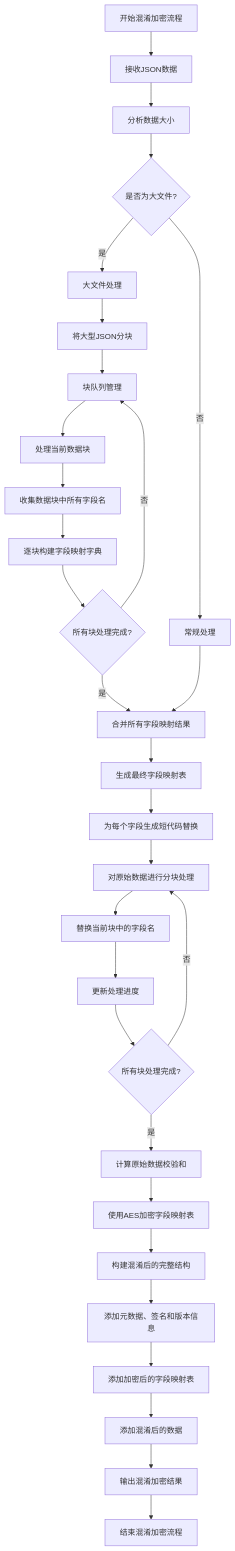
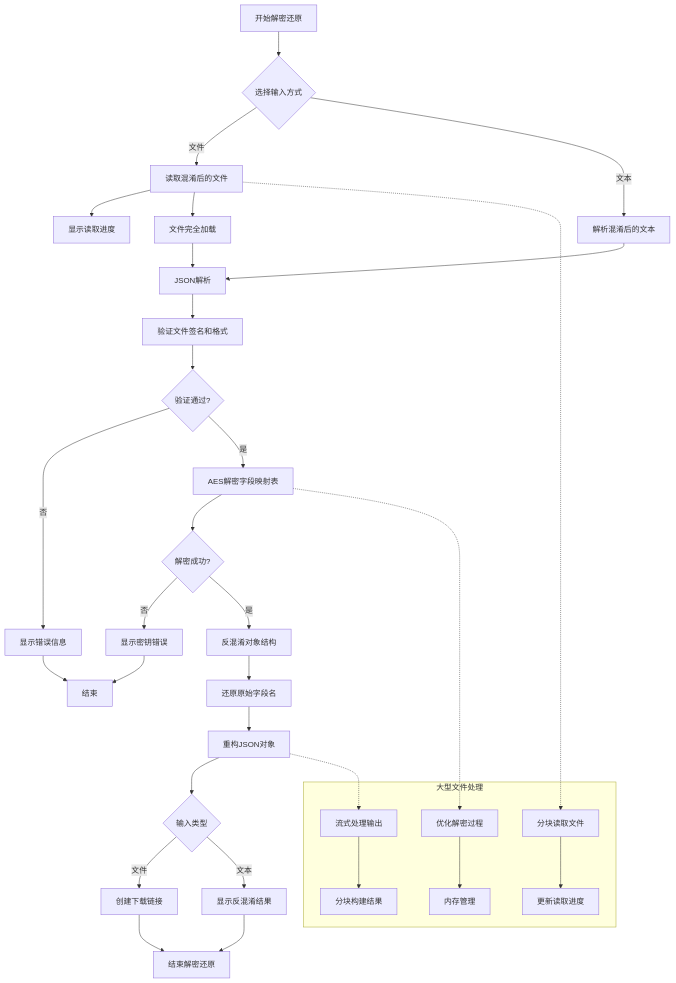
One commit to yingjianzh/iodraw-files changed the diagram in all/未命名-43.md. Above: the diagram before and after it, drawn with Mermaid.

Commit message:
2025-04-25 15:11:26 update

````diff
--- a/all/未命名-43.md
+++ b/all/未命名-43.md
@@ -1,42 +1,43 @@
 ```mermaid
 flowchart TD
-    A[开始混淆加密流程] --> B[接收JSON数据]
+    A[开始解密还原] --> B{选择输入方式}
+    B -->|文件| C[读取混淆后的文件]
+    B -->|文本| D[解析混淆后的文本]
     
-    B --> C[分析数据大小]
-    C --> D{是否为大文件?}
+    C --> E[显示读取进度]
+    C --> F[文件完全加载]
+    F --> G[JSON解析]
     
-    D -->|否| E[常规处理]
-    D -->|是| F[大文件处理]
+    D --> G
     
-    F --> F1[将大型JSON分块]
-    F1 --> F2[块队列管理]
+    G --> H[验证文件签名和格式]
+    H --> I{验证通过?}
+    I -->|否| J[显示错误信息]
+    J --> Z[结束]
     
-    F2 --> G[处理当前数据块]
-    G --> H[收集数据块中所有字段名]
-    H --> I[逐块构建字段映射字典]
-    I --> J{所有块处理完成?}
-    J -->|否| F2
+    I -->|是| K[AES解密字段映射表]
+    K --> L{解密成功?}
+    L -->|否| M[显示密钥错误]
+    M --> Z
     
-    J -->|是| K[合并所有字段映射结果]
-    E --> K
+    L -->|是| N[反混淆对象结构]
+    N --> O[还原原始字段名]
+    O --> P[重构JSON对象]
     
-    K --> L[生成最终字段映射表]
-    L --> M[为每个字段生成短代码替换]
+    P --> Q{输入类型}
+    Q -->|文件| R[创建下载链接]
+    Q -->|文本| S[显示反混淆结果]
     
-    M --> N[对原始数据进行分块处理]
-    N --> O[替换当前块中的字段名]
-    O --> P[更新处理进度]
-    P --> Q{所有块处理完成?}
-    Q -->|否| N
+    R --> T[结束解密还原]
+    S --> T
     
-    Q -->|是| R[计算原始数据校验和]
-    R --> S[使用AES加密字段映射表]
+    subgraph 大型文件处理
+        C1[分块读取文件] --> C2[更新读取进度]
+        K1[优化解密过程] --> K2[内存管理]
+        P1[流式处理输出] --> P2[分块构建结果]
+    end
     
-    S --> T[构建混淆后的完整结构]
-    T --> U[添加元数据、签名和版本信息]
-    U --> V[添加加密后的字段映射表]
-    V --> W[添加混淆后的数据]
-    
-    W --> X[输出混淆加密结果]
-    X --> Y[结束混淆加密流程]
+    C -.-> C1
+    K -.-> K1
+    P -.-> P1
 ```
````
